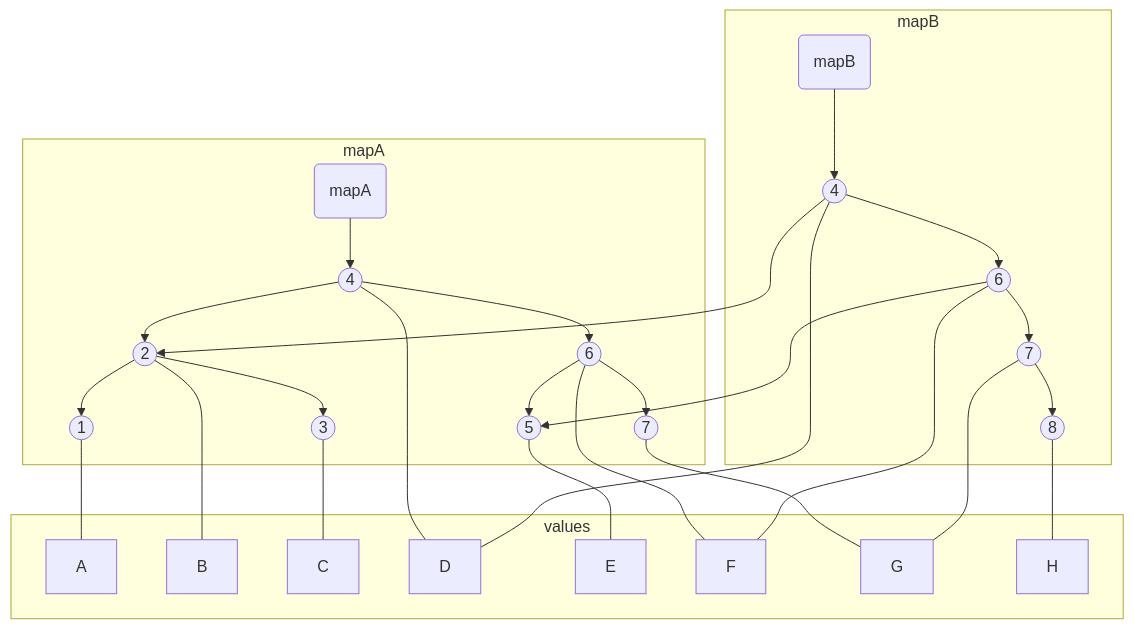
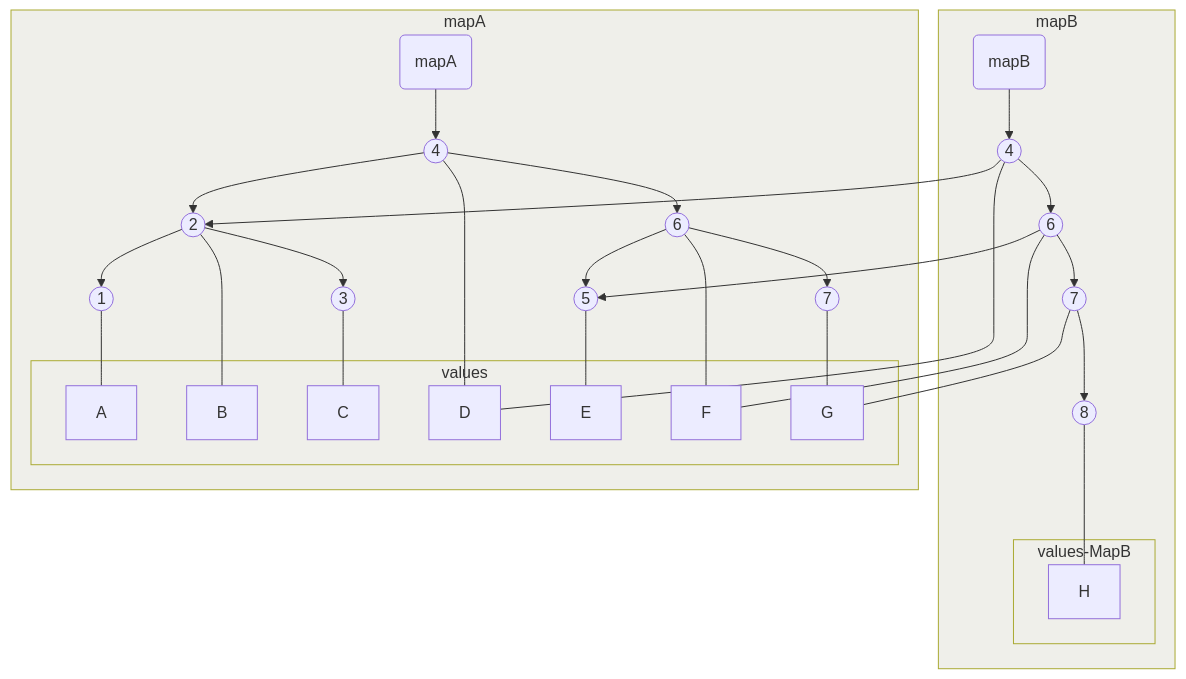
One commit to jindraivanek/talks changed the fifth of 5 diagrams in 2024-devtalks-data-structures/slides.md. Above: the diagram before and after it, drawn with Mermaid. The commit also changed other lines of this file and 1 other file, not shown here.

Commit message:
lzgit - 2024-10-12T07:19:33.482Z

````diff
--- a/2024-devtalks-data-structures/slides.md
+++ b/2024-devtalks-data-structures/slides.md
@@ -351,54 +355,56 @@
 ```mermaid
 graph TD
+classDef cluster fill:#efefea
 subgraph smapA["mapA"]
 mapA("mapA") --> 4
 1(("1"))
 2(("2"))
 3(("3"))
 4(("4"))
 5(("5"))
 6(("6"))
 7(("7"))
 2 --> 1
 2 --> 3
 4 --> 2
 4 --> 6
 6 --> 5
 6 --> 7
+subgraph values
+A
+B
+C
+D
+E
+F
+G
+end
+1 --- A
+2 --- B
+3 --- C
+4 --- D
+5 --- E
+6 --- F
+7 --- G
 end
 subgraph smapB["mapB"]
 4b(("4"))
 6b(("6"))
 7b(("7"))
 8b(("8"))
 4b --> 2
 4b --> 6b
 6b --> 5
 6b --> 7b
 7b --> 8b
 mapB("mapB") --> 4b
+subgraph values-MapB
+H
+end
 end
 
-subgraph values
-A
-B
-C
-D
-E
-F
-G
-H
-end
-
-1 --- A
-2 --- B
-3 --- C
-4 --- D
-5 --- E
-6 --- F
-7 --- G
 4b --- D
 6b --- F
 7b --- G
 8b --- H
 ```
````
